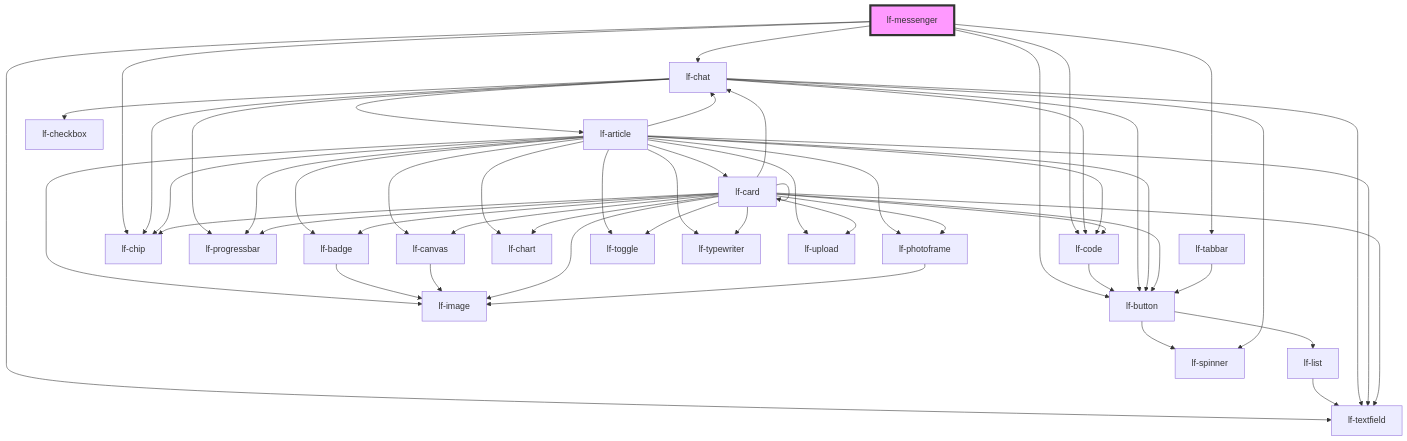
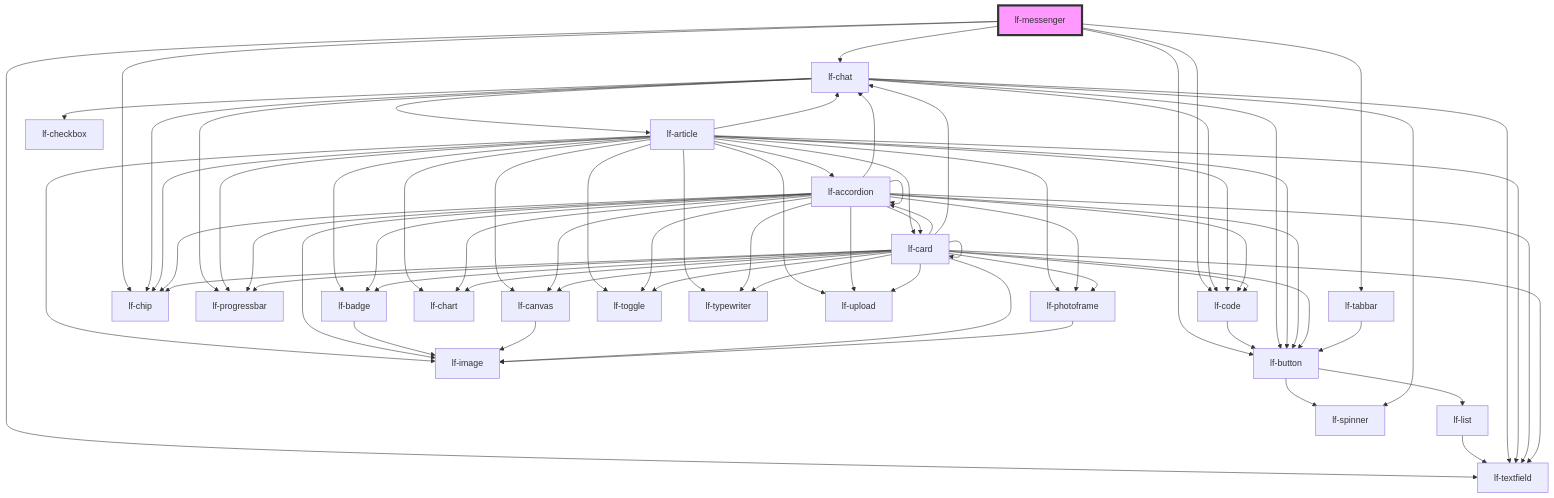
One commit to lucafoscili/lf-widgets changed the diagram in packages/core/src/components/lf-messenger/readme.md. Above: the diagram before and after it, drawn with Mermaid. The commit also changed 23 other files, not shown here.

````diff
--- a/packages/core/src/components/lf-messenger/readme.md
+++ b/packages/core/src/components/lf-messenger/readme.md
@@ -151,56 +151,74 @@
 ```mermaid
 graph TD;
   lf-messenger --> lf-code
   lf-messenger --> lf-button
   lf-messenger --> lf-chat
   lf-messenger --> lf-tabbar
   lf-messenger --> lf-chip
   lf-messenger --> lf-textfield
   lf-code --> lf-button
   lf-button --> lf-list
   lf-button --> lf-spinner
   lf-list --> lf-textfield
   lf-chat --> lf-spinner
   lf-chat --> lf-article
   lf-chat --> lf-button
   lf-chat --> lf-chip
   lf-chat --> lf-textfield
   lf-chat --> lf-progressbar
   lf-chat --> lf-code
   lf-chat --> lf-checkbox
+  lf-article --> lf-accordion
   lf-article --> lf-badge
   lf-article --> lf-button
   lf-article --> lf-canvas
   lf-article --> lf-card
   lf-article --> lf-chart
   lf-article --> lf-chat
   lf-article --> lf-chip
   lf-article --> lf-code
   lf-article --> lf-image
   lf-article --> lf-photoframe
   lf-article --> lf-progressbar
   lf-article --> lf-textfield
   lf-article --> lf-toggle
   lf-article --> lf-typewriter
   lf-article --> lf-upload
+  lf-accordion --> lf-accordion
+  lf-accordion --> lf-badge
+  lf-accordion --> lf-button
+  lf-accordion --> lf-canvas
+  lf-accordion --> lf-card
+  lf-accordion --> lf-chart
+  lf-accordion --> lf-chat
+  lf-accordion --> lf-chip
+  lf-accordion --> lf-code
+  lf-accordion --> lf-image
+  lf-accordion --> lf-photoframe
+  lf-accordion --> lf-progressbar
+  lf-accordion --> lf-textfield
+  lf-accordion --> lf-toggle
+  lf-accordion --> lf-typewriter
+  lf-accordion --> lf-upload
   lf-badge --> lf-image
   lf-canvas --> lf-image
+  lf-card --> lf-accordion
   lf-card --> lf-badge
   lf-card --> lf-button
   lf-card --> lf-canvas
   lf-card --> lf-card
   lf-card --> lf-chart
   lf-card --> lf-chat
   lf-card --> lf-chip
   lf-card --> lf-code
   lf-card --> lf-image
   lf-card --> lf-photoframe
   lf-card --> lf-progressbar
   lf-card --> lf-textfield
   lf-card --> lf-toggle
   lf-card --> lf-typewriter
   lf-card --> lf-upload
   lf-photoframe --> lf-image
   lf-tabbar --> lf-button
   style lf-messenger fill:#f9f,stroke:#333,stroke-width:4px
 ```
````
